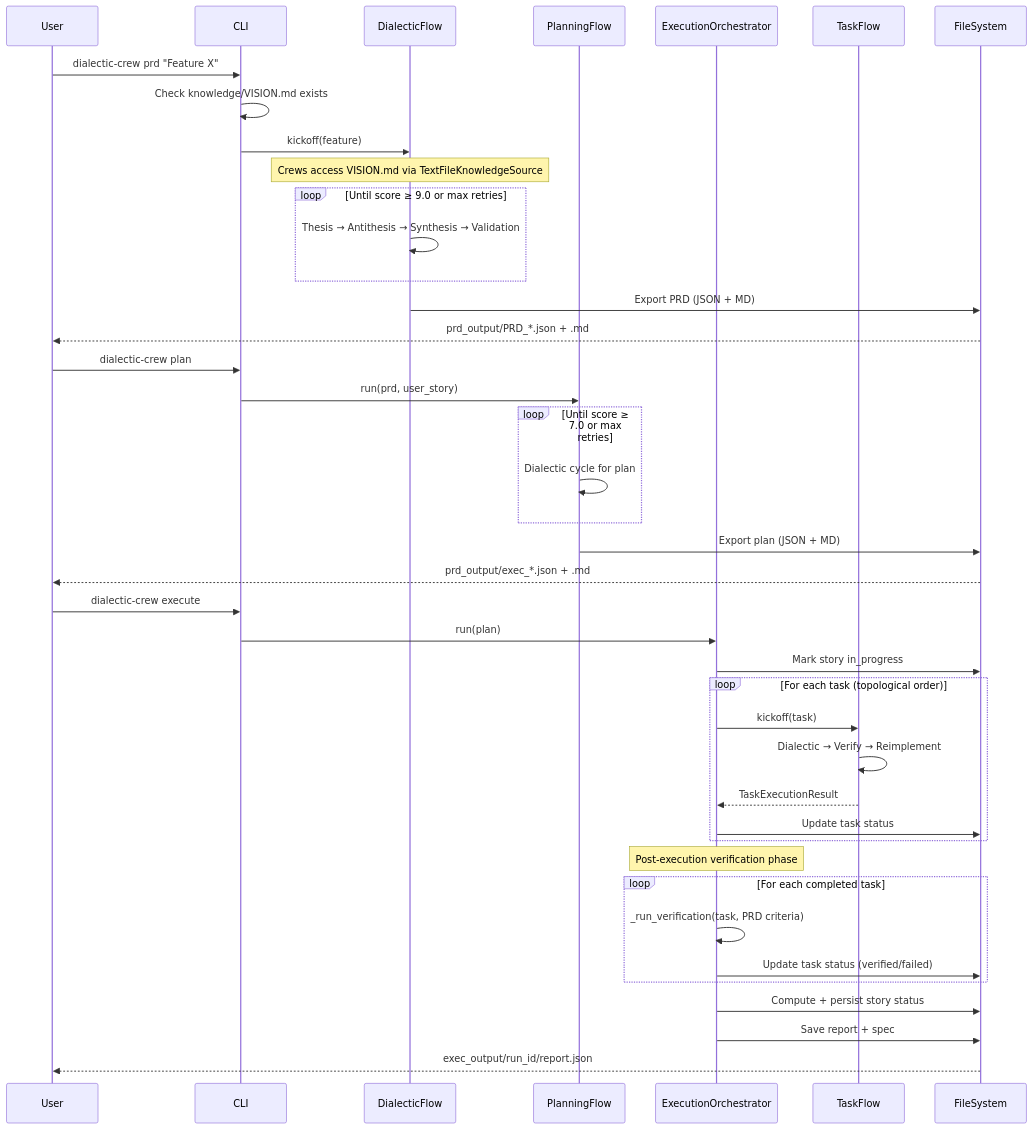
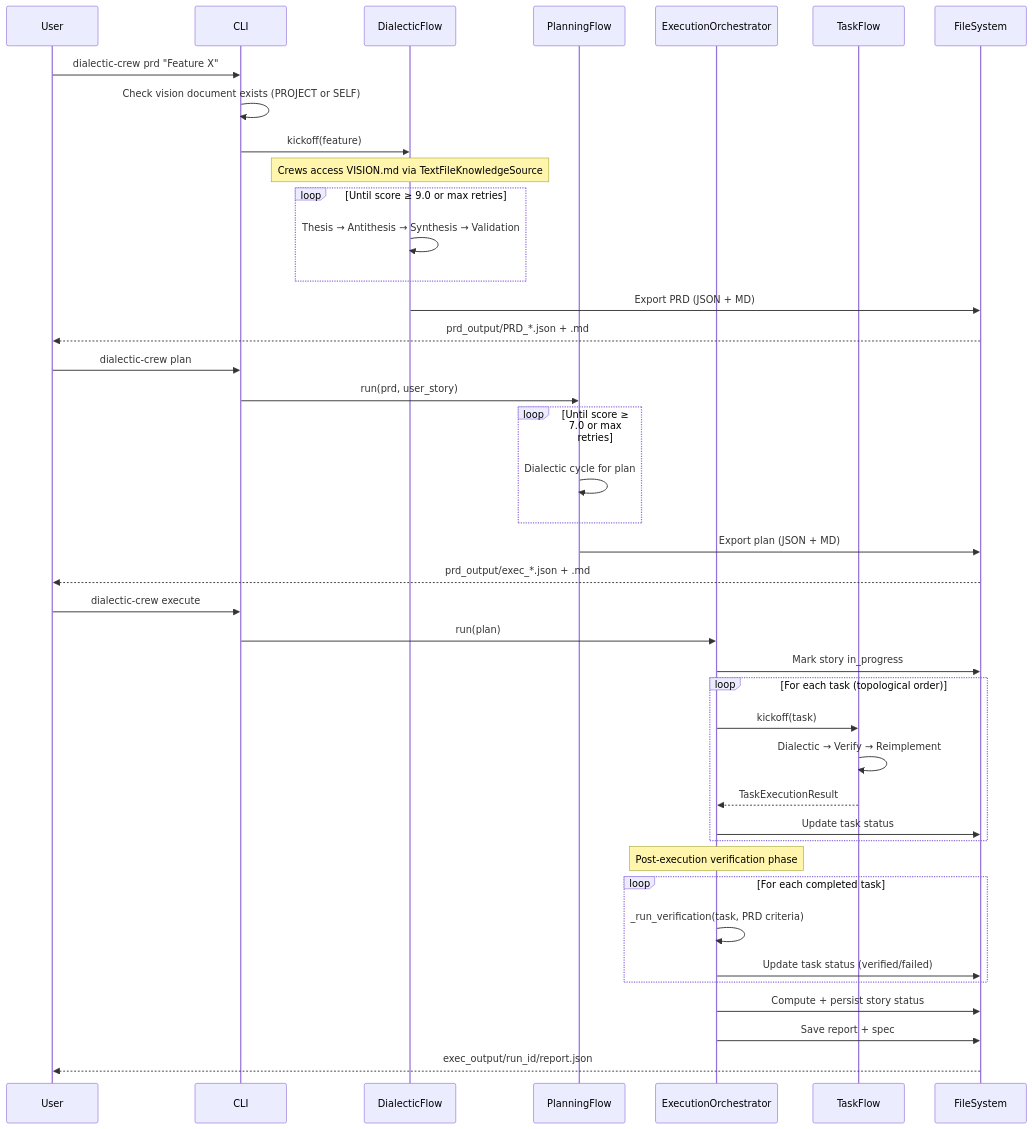
One commit to darthlinuxer/dialectic-crew-ai changed the second of 5 diagrams in docs/architecture.md. Above: the diagram before and after it, drawn with Mermaid. The commit also changed other lines of this file and 59 other files, not shown here.

````diff
--- a/docs/architecture.md
+++ b/docs/architecture.md
@@ -115,46 +144,46 @@
 ```mermaid
 sequenceDiagram
     participant User
     participant CLI
     participant DialecticFlow
     participant PlanningFlow
     participant ExecutionOrchestrator
     participant TaskFlow
     participant FileSystem
 
     User->>CLI: dialectic-crew prd "Feature X"
-    CLI->>CLI: Check knowledge/VISION.md exists
+    CLI->>CLI: Check vision document exists (PROJECT or SELF)
     CLI->>DialecticFlow: kickoff(feature)
     Note over DialecticFlow: Crews access VISION.md via TextFileKnowledgeSource
     loop Until score ≥ 9.0 or max retries
         DialecticFlow->>DialecticFlow: Thesis → Antithesis → Synthesis → Validation
     end
     DialecticFlow->>FileSystem: Export PRD (JSON + MD)
     FileSystem-->>User: prd_output/PRD_*.json + .md
 
     User->>CLI: dialectic-crew plan
     CLI->>PlanningFlow: run(prd, user_story)
     loop Until score ≥ 7.0 or max retries
         PlanningFlow->>PlanningFlow: Dialectic cycle for plan
     end
     PlanningFlow->>FileSystem: Export plan (JSON + MD)
     FileSystem-->>User: prd_output/exec_*.json + .md
 
     User->>CLI: dialectic-crew execute
     CLI->>ExecutionOrchestrator: run(plan)
     ExecutionOrchestrator->>FileSystem: Mark story in_progress
     loop For each task (topological order)
         ExecutionOrchestrator->>TaskFlow: kickoff(task)
         TaskFlow->>TaskFlow: Dialectic → Verify → Reimplement
         TaskFlow-->>ExecutionOrchestrator: TaskExecutionResult
         ExecutionOrchestrator->>FileSystem: Update task status
     end
     Note over ExecutionOrchestrator: Post-execution verification phase
     loop For each completed task
         ExecutionOrchestrator->>ExecutionOrchestrator: _run_verification(task, PRD criteria)
         ExecutionOrchestrator->>FileSystem: Update task status (verified/failed)
     end
     ExecutionOrchestrator->>FileSystem: Compute + persist story status
     ExecutionOrchestrator->>FileSystem: Save report + spec
     FileSystem-->>User: exec_output/run_id/report.json
 ```
````
